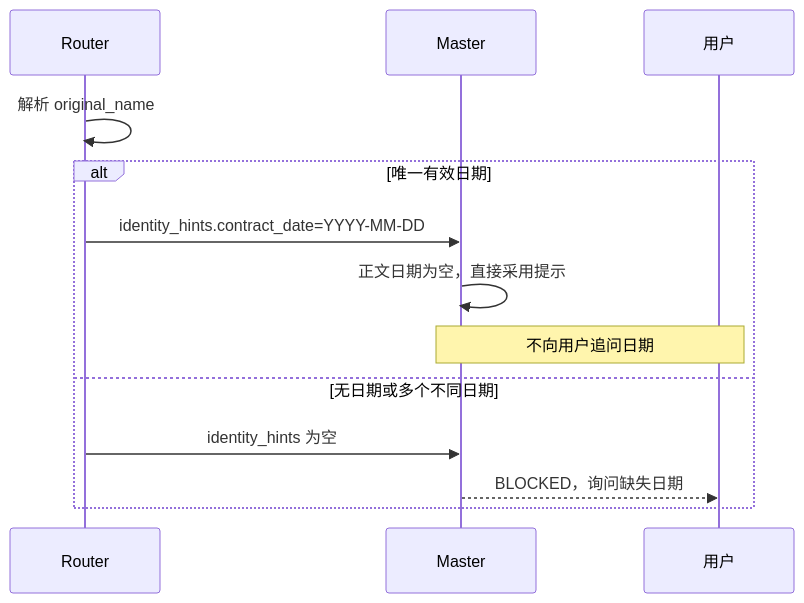
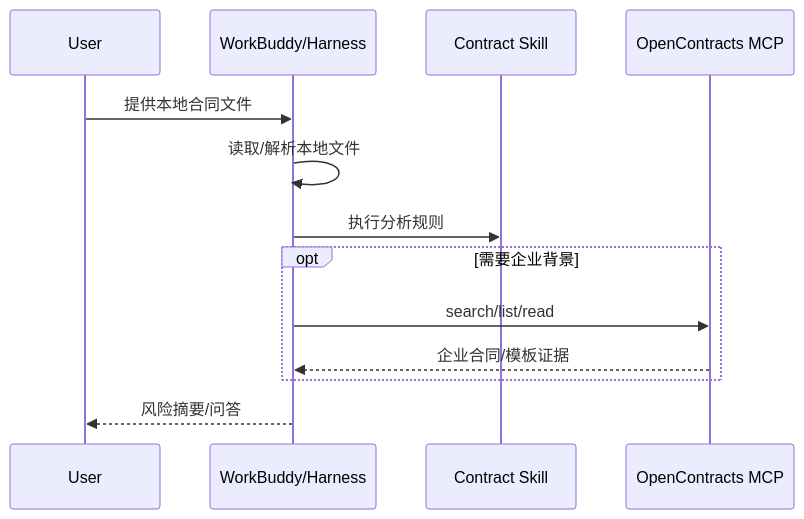
One commit to Ri0n72Y/ContractBotConfig changed the first of 4 diagrams in docs/architecture/upload-sequence.md. Above: the diagram before and after it, drawn with Mermaid. The commit also changed other lines of this file and 11 other files, not shown here.

Commit message:
docs: rebuild architecture and specs for WorkBuddy refactor

````diff
--- a/docs/architecture/upload-sequence.md
+++ b/docs/architecture/upload-sequence.md
@@ -50,16 +11,16 @@
 ```mermaid
 sequenceDiagram
-    participant R as Router
-    participant M as Master
-    participant U as 用户
+    participant U as User
+    participant H as WorkBuddy/Harness
+    participant S as Contract Skill
+    participant MCP as OpenContracts MCP
 
-    R->>R: 解析 original_name
-    alt 唯一有效日期
-        R->>M: identity_hints.contract_date=YYYY-MM-DD
-        M->>M: 正文日期为空，直接采用提示
-        Note over M,U: 不向用户追问日期
-    else 无日期或多个不同日期
-        R->>M: identity_hints 为空
-        M-->>U: BLOCKED，询问缺失日期
+    U->>H: 提供本地合同文件
+    H->>H: 读取/解析本地文件
+    H->>S: 执行分析规则
+    opt 需要企业背景
+        H->>MCP: search/list/read
+        MCP-->>H: 企业合同/模板证据
     end
+    H-->>U: 风险摘要/问答
 ```
````
